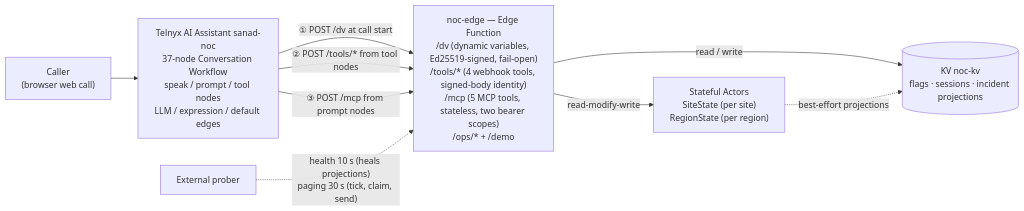
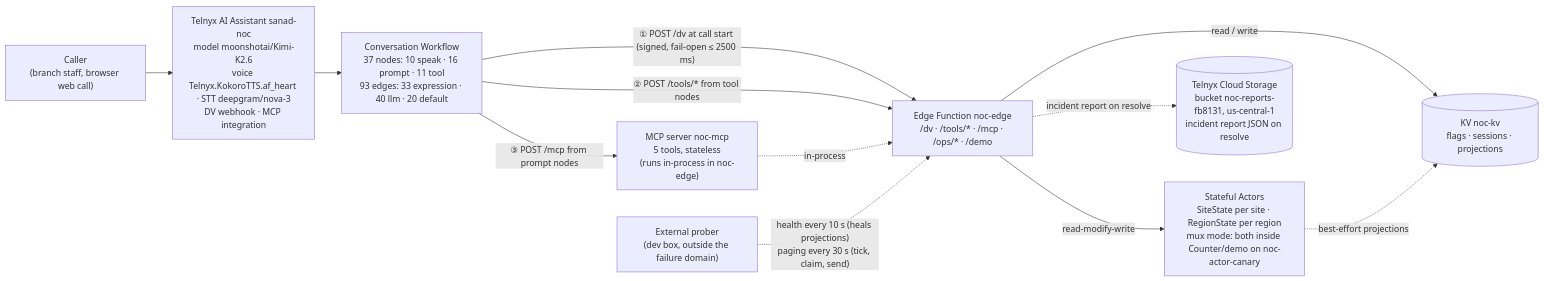
One commit to ifahad/noc-front-door changed the diagram in README.md. Above: the diagram before and after it, drawn with Mermaid. The commit also changed other lines of this file and 1 other file, not shown here.

Commit message:
docs: submission readiness — use case & users, architecture chain, setup from scratch, code walkthrough, demo beats

````diff
--- a/README.md
+++ b/README.md
@@ -52,17 +62,24 @@
 ```mermaid
 flowchart LR
-  caller["Caller<br/>(browser web call)"]
-  wf["Telnyx AI Assistant sanad-noc<br/>37-node Conversation Workflow<br/>speak / prompt / tool nodes<br/>LLM / expression / default edges"]
-  edge["noc-edge — Edge Function<br/>/dv (dynamic variables, Ed25519-signed, fail-open)<br/>/tools/* (4 webhook tools, signed-body identity)<br/>/mcp (5 MCP tools, stateless, two bearer scopes)<br/>/ops/* + /demo"]
-  kv[("KV noc-kv<br/>flags · sessions · incident projections")]
-  actors["Stateful Actors<br/>SiteState (per site)<br/>RegionState (per region)"]
+  caller["Caller<br/>(branch staff, browser web call)"]
+  asst["Telnyx AI Assistant sanad-noc<br/>model moonshotai/Kimi-K2.6<br/>voice Telnyx.KokoroTTS.af_heart · STT deepgram/nova-3<br/>DV webhook · MCP integration"]
+  wf["Conversation Workflow<br/>37 nodes: 10 speak · 16 prompt · 11 tool<br/>93 edges: 33 expression · 40 llm · 20 default"]
+  edge["Edge Function noc-edge<br/>/dv · /tools/* · /mcp · /ops/* · /demo"]
+  mcp["MCP server noc-mcp<br/>5 tools, stateless<br/>(runs in-process in noc-edge)"]
+  kv[("KV noc-kv<br/>flags · sessions · projections")]
+  actors["Stateful Actors<br/>SiteState per site · RegionState per region<br/>mux mode: both inside Counter/demo on noc-actor-canary"]
+  tcs[("Telnyx Cloud Storage<br/>bucket noc-reports-fb8131, us-central-1<br/>incident report JSON on resolve")]
+  prober["External prober<br/>(dev box, outside the failure domain)"]
 
-  caller --> wf
-  wf -->|"① POST /dv at call start"| edge
+  caller --> asst
+  asst --> wf
+  wf -->|"① POST /dv at call start (signed, fail-open ≤ 2500 ms)"| edge
   wf -->|"② POST /tools/* from tool nodes"| edge
-  wf -->|"③ POST /mcp from prompt nodes"| edge
+  wf -->|"③ POST /mcp from prompt nodes"| mcp
+  mcp -.->|"in-process"| edge
   edge -->|"read / write"| kv
   edge -->|"read-modify-write"| actors
   actors -.->|"best-effort projections"| kv
-  prober["External prober"] -.->|"health 10 s (heals projections)<br/>paging 30 s (tick, claim, send)"| edge
+  edge -.->|"incident report on resolve"| tcs
+  prober -.->|"health every 10 s (heals projections)<br/>paging every 30 s (tick, claim, send)"| edge
 ```
````
